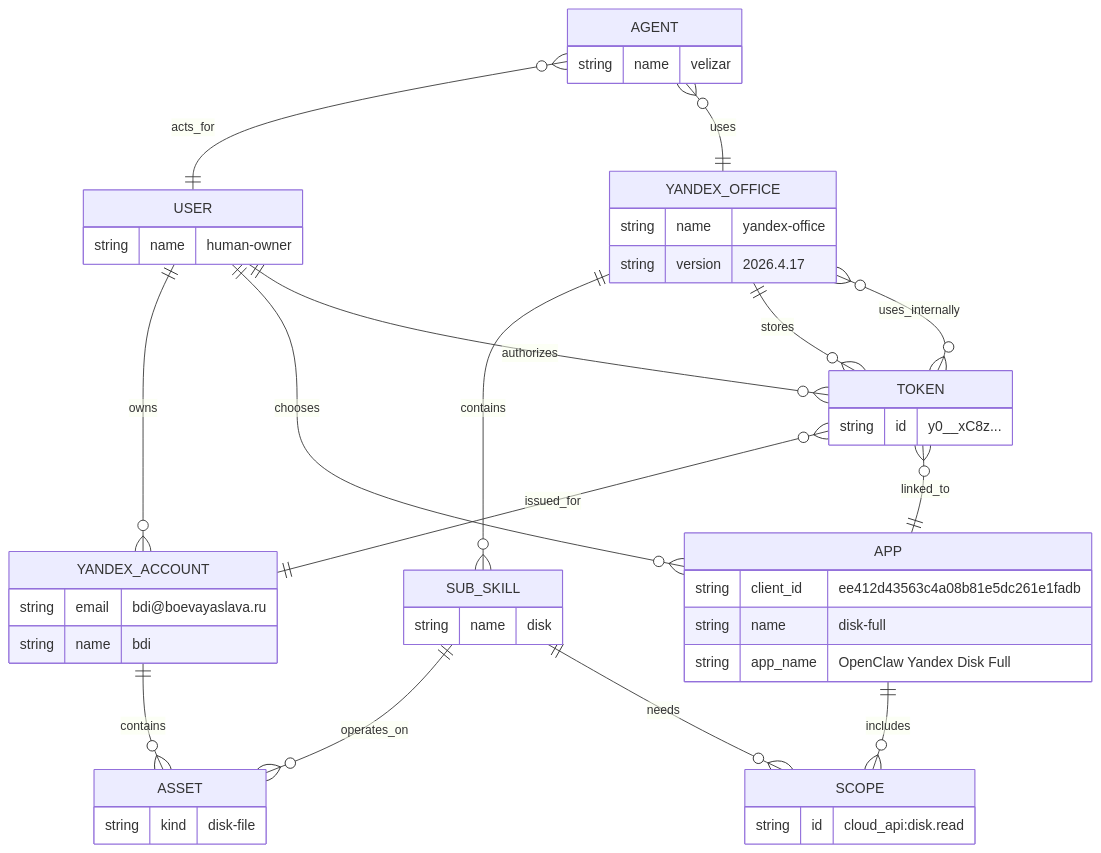
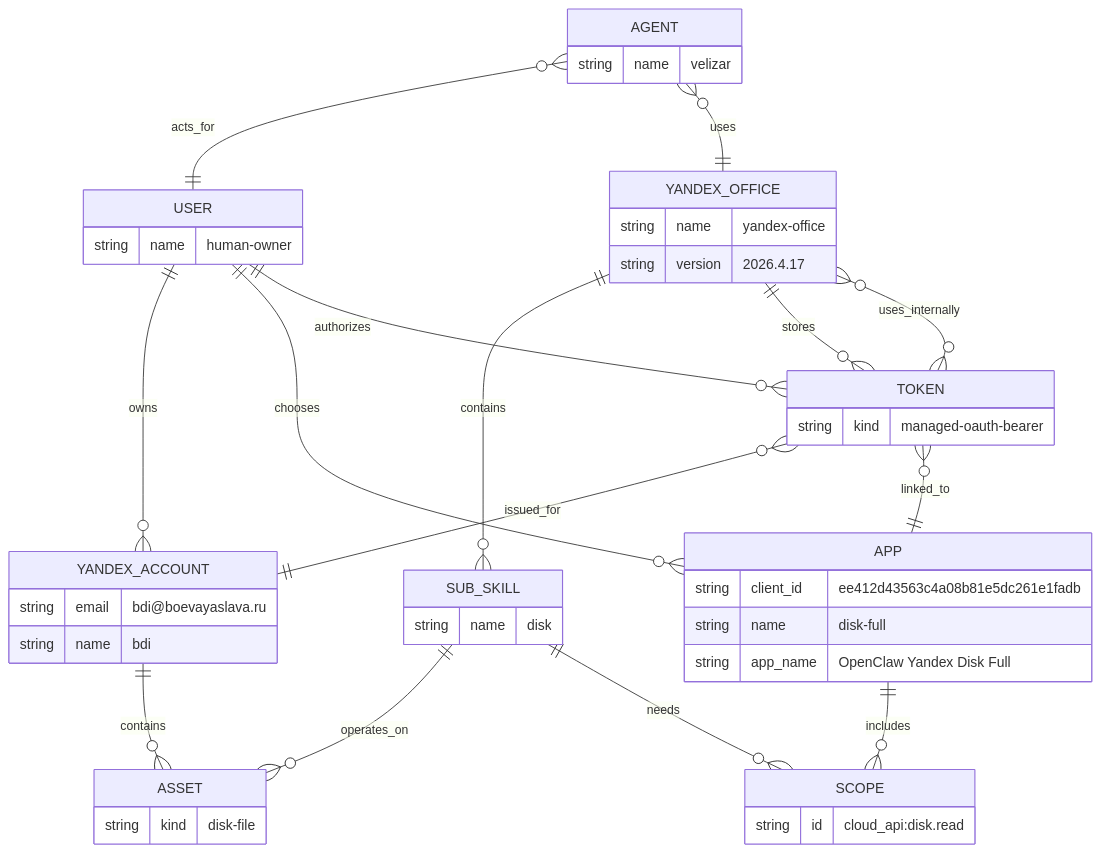
The diagram in references/yandex-office-auth-principles.md (bizyumov/yandex-office), drawn with Mermaid before and after one commit. The commit also changed other lines of this file and 47 other files, not shown here.

````diff
--- a/references/yandex-office-auth-principles.md
+++ b/references/yandex-office-auth-principles.md
@@ -13,57 +13,57 @@
 ```mermaid
 erDiagram
     USER {
         string name "human-owner"
     }
 
     AGENT {
         string name "velizar"
     }
 
     YANDEX_OFFICE {
         string name "yandex-office"
         string version "2026.4.17"
     }
 
     YANDEX_ACCOUNT {
         string email "bdi@boevayaslava.ru"
         string name "bdi"
     }
 
     SCOPE {
         string id "cloud_api:disk.read"
     }
 
     APP {
         string client_id "ee412d43563c4a08b81e5dc261e1fadb"
         string name "disk-full"
         string app_name "OpenClaw Yandex Disk Full"
     }
 
     SUB_SKILL {
         string name "disk"
     }
 
     TOKEN {
-        string id "y0__xC8z..."
+        string kind "managed-oauth-bearer"
     }
 
     ASSET {
         string kind "disk-file"
     }
 
     USER ||--o{ YANDEX_ACCOUNT : owns
     AGENT }o--|| USER : acts_for
     AGENT }o--|| YANDEX_OFFICE : uses
     YANDEX_ACCOUNT ||--o{ ASSET : contains
     YANDEX_OFFICE ||--o{ SUB_SKILL : contains
     SUB_SKILL ||--o{ ASSET : operates_on
     USER ||--o{ APP : chooses
     USER ||--o{ TOKEN : authorizes
     TOKEN }o--|| YANDEX_ACCOUNT : issued_for
     TOKEN }o--|| APP : linked_to
     YANDEX_OFFICE ||--o{ TOKEN : stores
     YANDEX_OFFICE }o--o{ TOKEN : uses_internally
     SUB_SKILL ||--o{ SCOPE : needs
     APP ||--o{ SCOPE : includes
 ```
````
